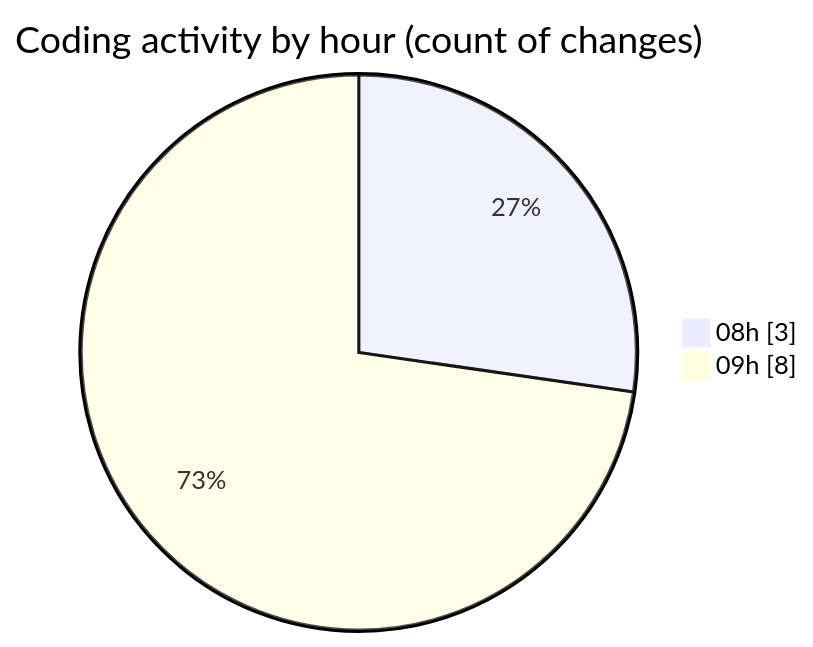
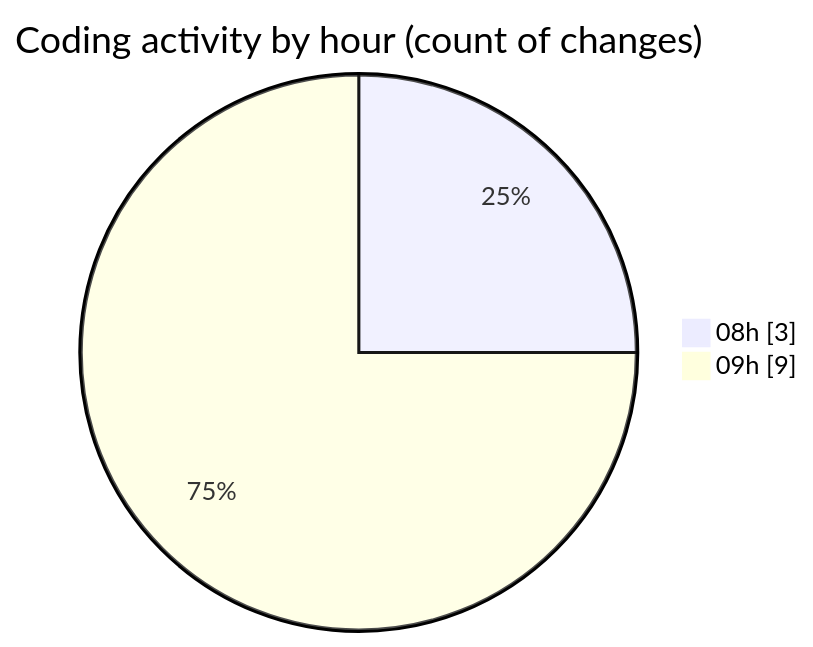
Before and after one commit to Elitesun/code-tracking: the second of 2 diagrams in 2025-05-13/niten/README.md, drawn with Mermaid. The commit also changed other lines of this file and 1 other file, not shown here.

````diff
--- a/2025-05-13/niten/README.md
+++ b/2025-05-13/niten/README.md
@@ -35,6 +36,6 @@
 ```mermaid
 pie showData
 title Coding activity by hour (count of changes)
 "08h" : 3
-"09h" : 8
+"09h" : 9
 ```
````
